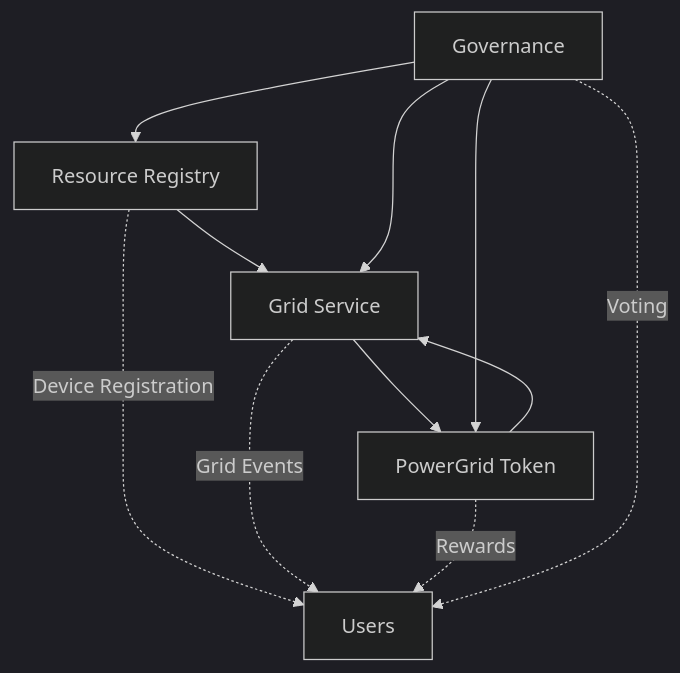
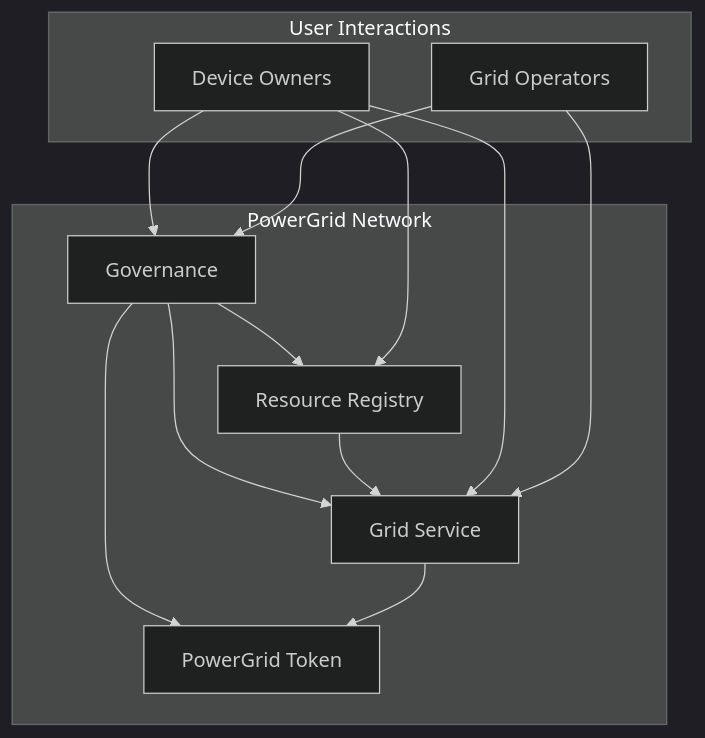
One commit to kunal-drall/powergrid_network changed the diagram in README.md. Above: the diagram before and after it, drawn with Mermaid (dark theme). The commit also changed other lines of this file and 4 other files, not shown here.

````diff
--- a/README.md
+++ b/README.md
@@ -119,14 +125,18 @@
 ```mermaid
 graph TB
-    A[Resource Registry] --> C[Grid Service]
-    B[PowerGrid Token] --> C
-    C --> B
-    D[Governance] --> A
-    D --> B
-    D --> C
-    
-    A -.-> |Device Registration| Users
-    C -.-> |Grid Events| Users
-    B -.-> |Rewards| Users
-    D -.-> |Voting| Users
+    subgraph PowerGrid Network
+        D[Governance] --> A[Resource Registry]
+        D --> B[PowerGrid Token]
+        D --> C[Grid Service]
+        C --> B
+        A --> C
+    end
+
+    subgraph "User Interactions"
+        U1[Device Owners] --> A
+        U1 --> C
+        U1 --> D
+        U2[Grid Operators] --> C
+        U2 --> D
+    end
 ```
````
